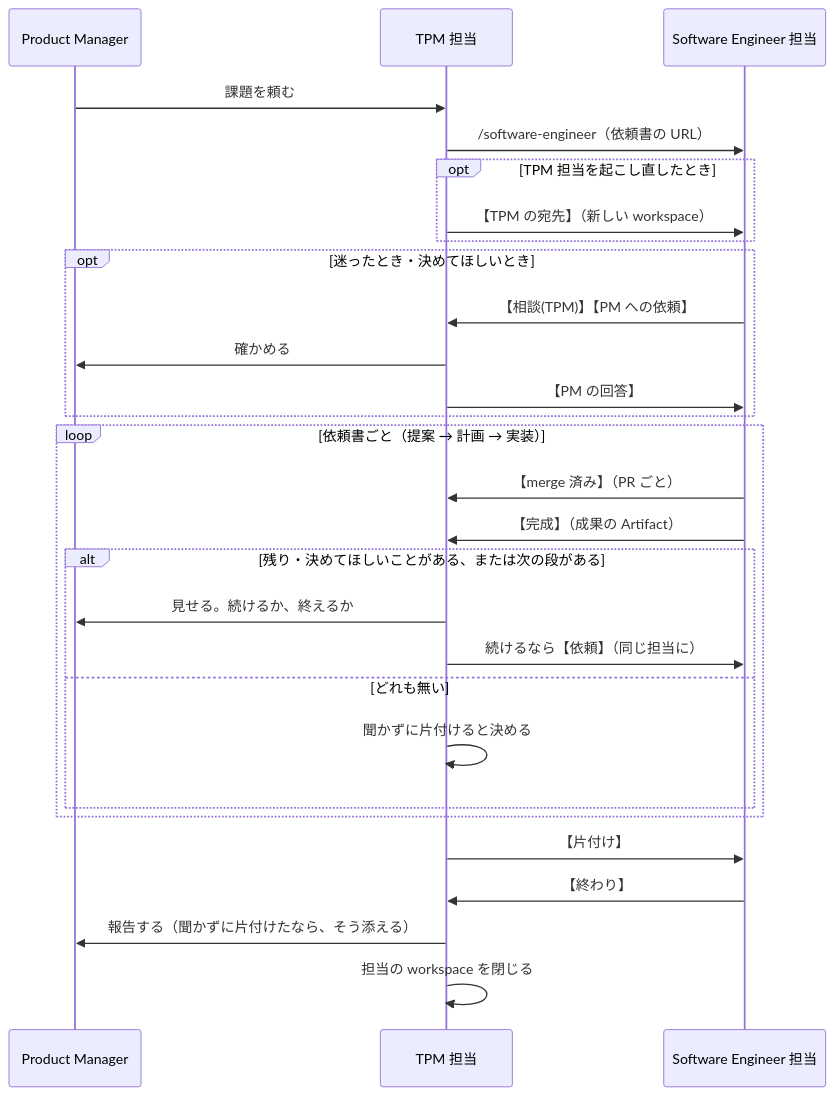
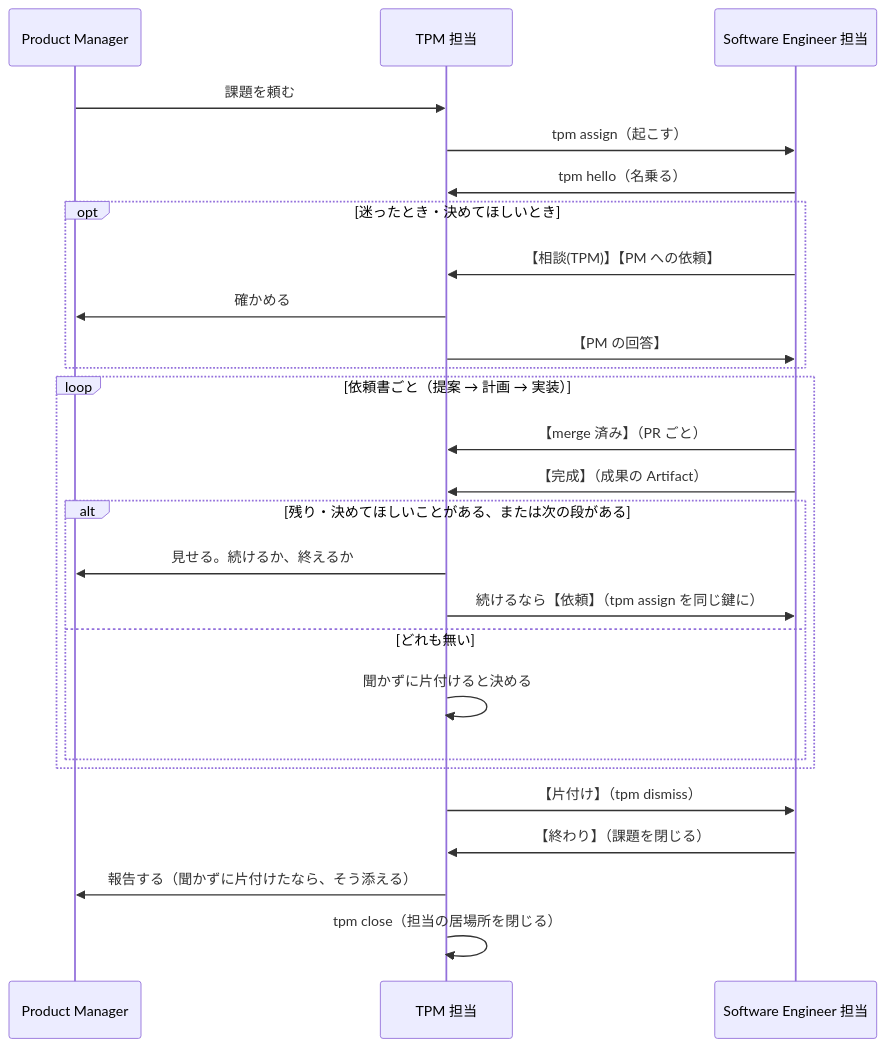
One commit to uraitakahito/roster changed the second of 2 diagrams in docs-site/src/content/docs/protocol.md. Above: the diagram before and after it, drawn with Mermaid. The commit also changed other lines of this file and 30 other files, not shown here.

````diff
--- a/docs-site/src/content/docs/protocol.md
+++ b/docs-site/src/content/docs/protocol.md
@@ -20,30 +57,28 @@
 ```mermaid
 sequenceDiagram
   participant PM as Product Manager
   participant TPM as TPM 担当
   participant SE as Software Engineer 担当
   PM->>TPM: 課題を頼む
-  TPM->>SE: /software-engineer（依頼書の URL）
-  opt TPM 担当を起こし直したとき
-    TPM->>SE: 【TPM の宛先】（新しい workspace）
-  end
+  TPM->>SE: tpm assign（起こす）
+  SE->>TPM: tpm hello（名乗る）
   opt 迷ったとき・決めてほしいとき
     SE->>TPM: 【相談(TPM)】【PM への依頼】
     TPM->>PM: 確かめる
     TPM->>SE: 【PM の回答】
   end
   loop 依頼書ごと（提案 → 計画 → 実装）
     SE->>TPM: 【merge 済み】（PR ごと）
     SE->>TPM: 【完成】（成果の Artifact）
     alt 残り・決めてほしいことがある、または次の段がある
       TPM->>PM: 見せる。続けるか、終えるか
-      TPM->>SE: 続けるなら【依頼】（同じ担当に）
+      TPM->>SE: 続けるなら【依頼】（tpm assign を同じ鍵に）
     else どれも無い
       TPM->>TPM: 聞かずに片付けると決める
     end
   end
-  TPM->>SE: 【片付け】
-  SE->>TPM: 【終わり】
+  TPM->>SE: 【片付け】（tpm dismiss）
+  SE->>TPM: 【終わり】（課題を閉じる）
   TPM->>PM: 報告する（聞かずに片付けたなら、そう添える）
-  TPM->>TPM: 担当の workspace を閉じる
+  TPM->>TPM: tpm close（担当の居場所を閉じる）
 ```
````
